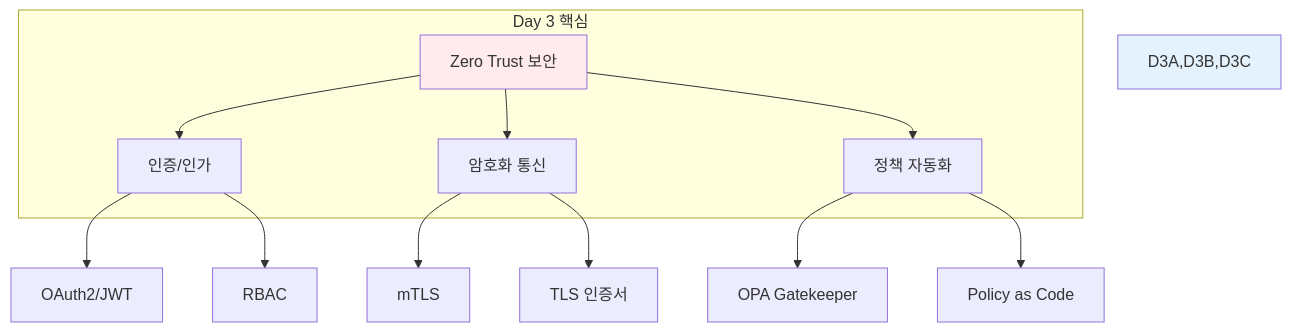
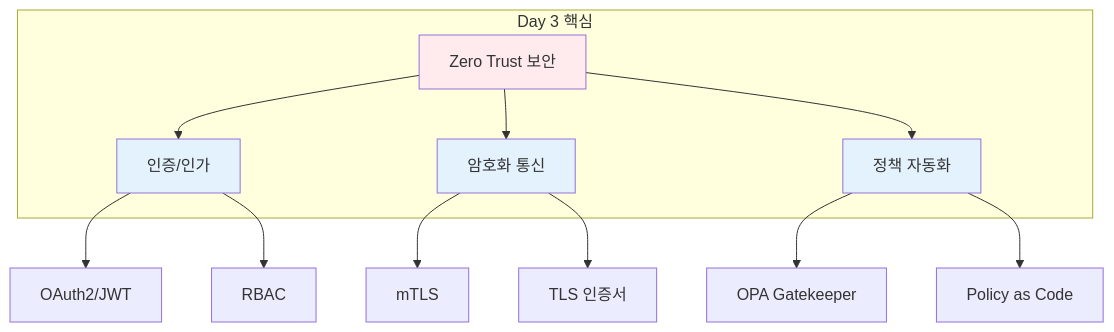
The fifth of 8 diagrams in theory/week_04/day5/session_2.md (niceguy61/kdt_devops_lecture_2025), drawn with Mermaid before and after one commit. The commit also changed other lines of this file and 2 other files, not shown here.

Commit message:
mermaid style 변경

````diff
--- a/theory/week_04/day5/session_2.md
+++ b/theory/week_04/day5/session_2.md
@@ -226,25 +234,27 @@
 ```mermaid
 graph TB
     subgraph "Day 3 핵심"
         D3[Zero Trust 보안]
         D3A[인증/인가]
         D3B[암호화 통신]
         D3C[정책 자동화]
     end
     
     D3 --> D3A
     D3 --> D3B
     D3 --> D3C
     
     D3A --> D3A1[OAuth2/JWT]
     D3A --> D3A2[RBAC]
     
     D3B --> D3B1[mTLS]
     D3B --> D3B2[TLS 인증서]
     
     D3C --> D3C1[OPA Gatekeeper]
     D3C --> D3C2[Policy as Code]
     
     style D3 fill:#ffebee
-    style D3A,D3B,D3C fill:#e3f2fd
+    style D3A fill:#e3f2fd
+    style D3B fill:#e3f2fd
+    style D3C fill:#e3f2fd
 ```
````
